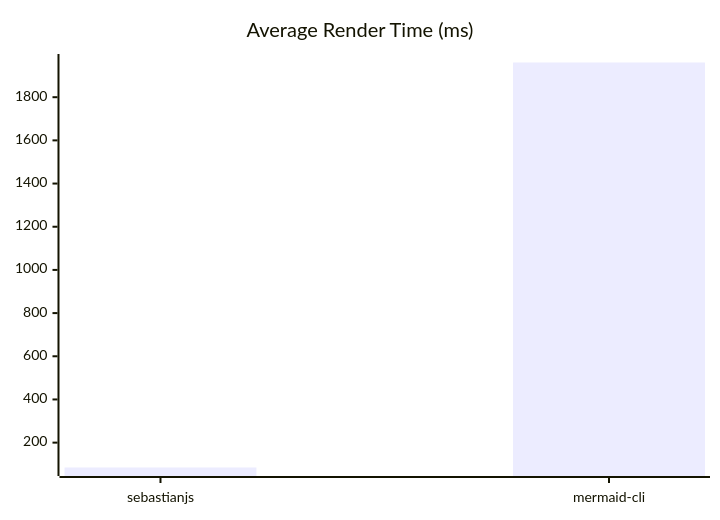
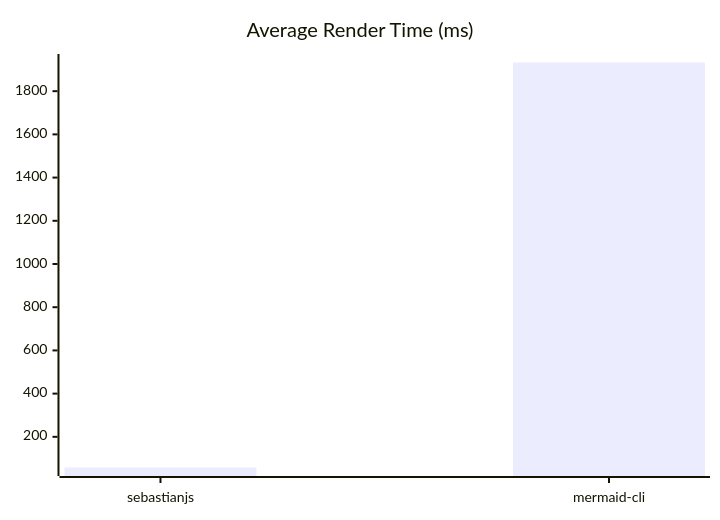
Before and after one commit to creadri/sebastianjs: the diagram in README.md, drawn with Mermaid. The commit also changed other lines of this file and 86 other files, not shown here.

````diff
--- a/README.md
+++ b/README.md
@@ -220,6 +256,6 @@
 ```mermaid
-xychart
+xychart-beta
   title "Average Render Time (ms)"
   x-axis [sebastianjs, mermaid-cli]
-  bar [84.81, 1960.71]
+  bar [58.02, 1932.72]
 ```
````
